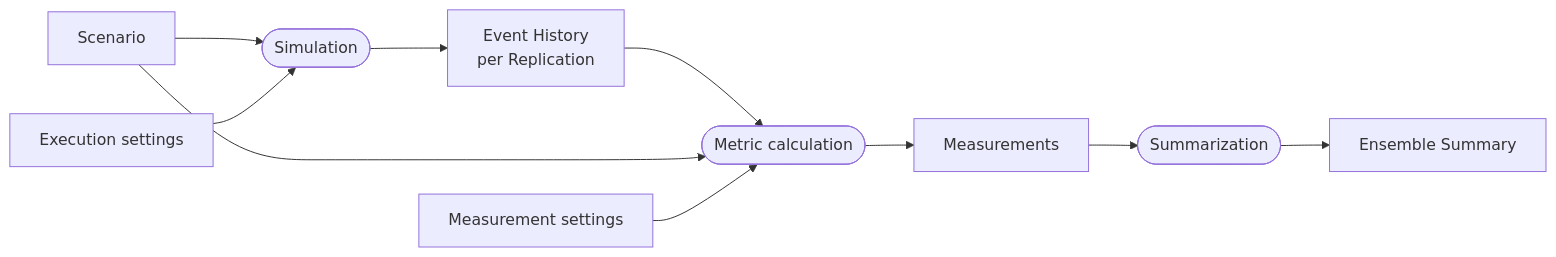
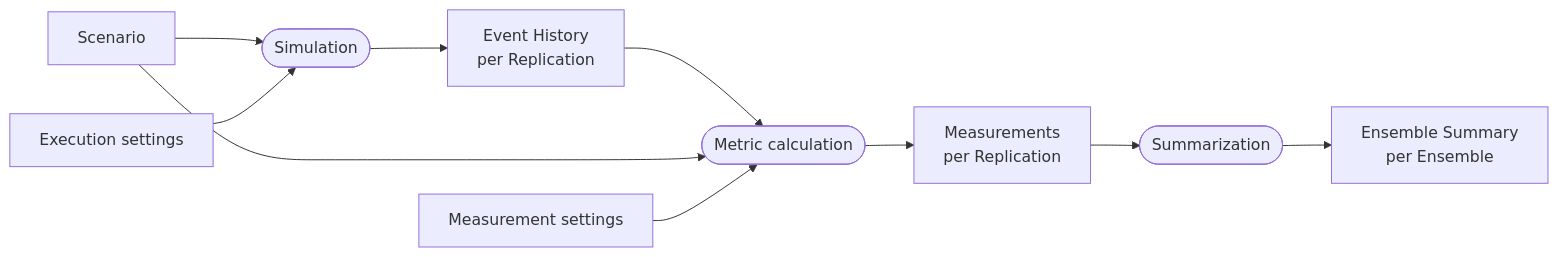
The second of 12 diagrams in docs/domain-model-v3.md (doug-sauder/contact-center-staffing-planner), drawn with Mermaid before and after one commit. The commit also changed other lines of this file, not shown here.

````diff
--- a/docs/domain-model-v3.md
+++ b/docs/domain-model-v3.md
@@ -360,22 +355,22 @@
 ```mermaid
 flowchart LR
     Scenario[Scenario]
     Exec[Execution settings]
     MeasSet[Measurement settings]
     Sim([Simulation])
     EH[Event History<br/>per Replication]
     Calc([Metric calculation])
-    Meas[Measurements]
+    Meas[Measurements<br/>per Replication]
     Summ([Summarization])
-    ES[Ensemble Summary]
+    ES[Ensemble Summary<br/>per Ensemble]
 
     Scenario --> Sim
     Exec --> Sim
     Sim --> EH
     EH --> Calc
     Scenario --> Calc
     MeasSet --> Calc
     Calc --> Meas
     Meas --> Summ
     Summ --> ES
 ```
````
